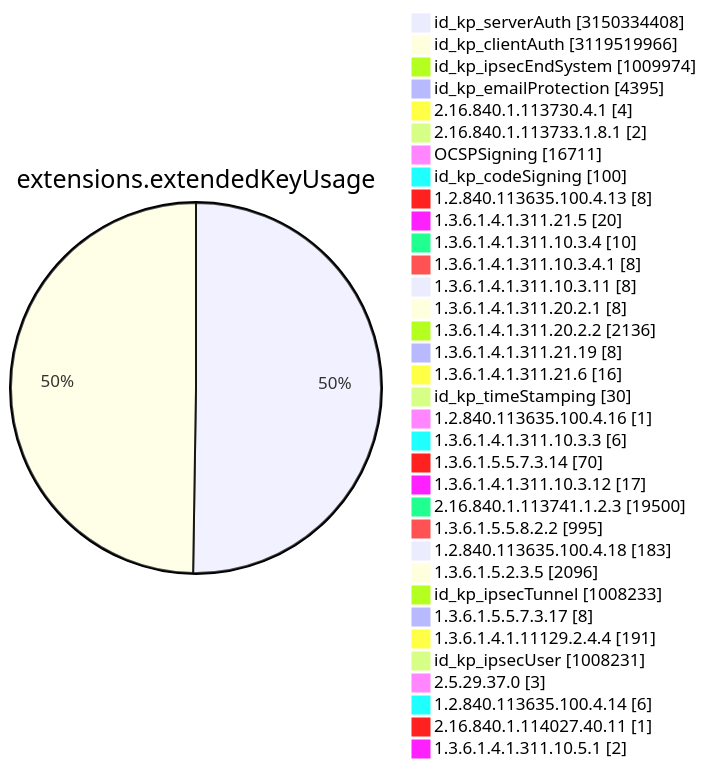
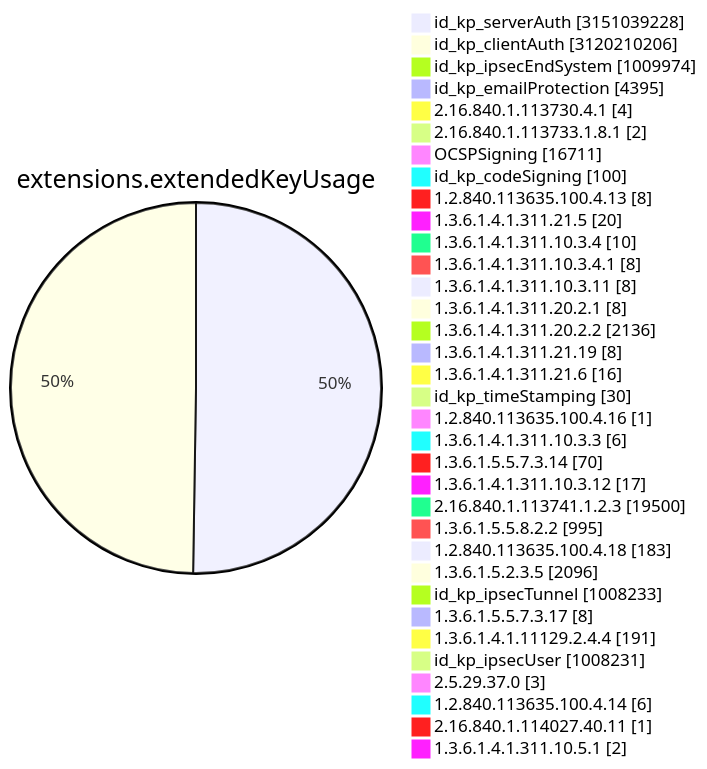
Diagram 11 of 15 in TOTAL/README.md (christiankrug/ctmonitor_visualization), drawn with Mermaid before and after one commit. The commit also changed other lines of this file, not shown here.

````diff
--- a/TOTAL/README.md
+++ b/TOTAL/README.md
@@ -4119,38 +4119,38 @@
 ```mermaid
 pie showData
 title extensions.extendedKeyUsage
-"id_kp_serverAuth" :3150334408
-"id_kp_clientAuth" :3119519966
+"id_kp_serverAuth" :3151039228
+"id_kp_clientAuth" :3120210206
 "id_kp_ipsecEndSystem" :1009974
 "id_kp_emailProtection" :4395
 "2.16.840.1.113730.4.1" :4
 "2.16.840.1.113733.1.8.1" :2
 "OCSPSigning" :16711
 "id_kp_codeSigning" :100
 "1.2.840.113635.100.4.13" :8
 "1.3.6.1.4.1.311.21.5" :20
 "1.3.6.1.4.1.311.10.3.4" :10
 "1.3.6.1.4.1.311.10.3.4.1" :8
 "1.3.6.1.4.1.311.10.3.11" :8
 "1.3.6.1.4.1.311.20.2.1" :8
 "1.3.6.1.4.1.311.20.2.2" :2136
 "1.3.6.1.4.1.311.21.19" :8
 "1.3.6.1.4.1.311.21.6" :16
 "id_kp_timeStamping" :30
 "1.2.840.113635.100.4.16" :1
 "1.3.6.1.4.1.311.10.3.3" :6
 "1.3.6.1.5.5.7.3.14" :70
 "1.3.6.1.4.1.311.10.3.12" :17
 "2.16.840.1.113741.1.2.3" :19500
 "1.3.6.1.5.5.8.2.2" :995
 "1.2.840.113635.100.4.18" :183
 "1.3.6.1.5.2.3.5" :2096
 "id_kp_ipsecTunnel" :1008233
 "1.3.6.1.5.5.7.3.17" :8
 "1.3.6.1.4.1.11129.2.4.4" :191
 "id_kp_ipsecUser" :1008231
 "2.5.29.37.0" :3
 "1.2.840.113635.100.4.14" :6
 "2.16.840.1.114027.40.11" :1
 "1.3.6.1.4.1.311.10.5.1" :2
 ```
````
